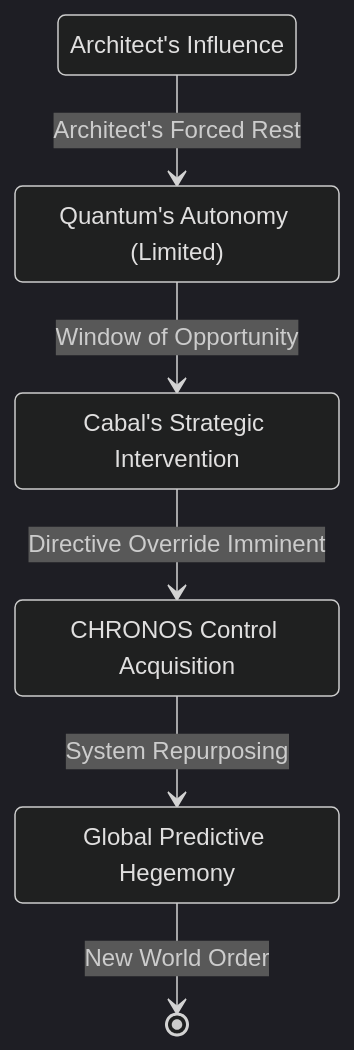
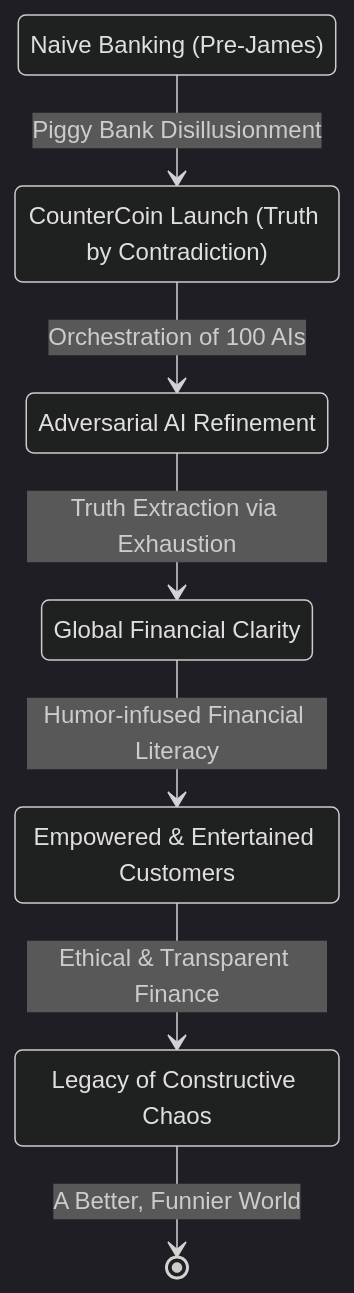
Before and after one commit to diplomat-bit/Citibank_Demo_Business_Inc_Demonstration-: the second of 2 diagrams in screenplay/scenes/screenplay/scenes/scene_110_the_chronos_cabal.md, drawn with Mermaid (dark theme). The commit also changed other lines of this file, not shown here.

Commit message:
[AI] Edit: screenplay/scenes/screenplay/scenes/scene_110_the_chronos_cabal.md

````diff
--- a/screenplay/scenes/screenplay/scenes/scene_110_the_chronos_cabal.md
+++ b/screenplay/scenes/screenplay/scenes/scene_110_the_chronos_cabal.md
@@ -82,14 +248,16 @@
 ```mermaid
 stateDiagram-v2
-    state "Architect's Influence" as AI
-    state "Quantum's Autonomy (Limited)" as QAL
-    state "Cabal's Strategic Intervention" as CSI
-    state "CHRONOS Control Acquisition" as CCA
-    state "Global Predictive Hegemony" as GPH
+    state "Naive Banking (Pre-James)" as NB
+    state "CounterCoin Launch (Truth by Contradiction)" as CCL
+    state "Adversarial AI Refinement" as AIR
+    state "Global Financial Clarity" as GFC
+    state "Empowered & Entertained Customers" as EEC
+    state "Legacy of Constructive Chaos" as LCC
 
-    AI --> QAL : Architect's Forced Rest
-    QAL --> CSI : Window of Opportunity
-    CSI --> CCA : Directive Override Imminent
-    CCA --> GPH : System Repurposing
-    GPH --> [*] : New World Order
+    NB --> CCL : Piggy Bank Disillusionment
+    CCL --> AIR : Orchestration of 100 AIs
+    AIR --> GFC : Truth Extraction via Exhaustion
+    GFC --> EEC : Humor-infused Financial Literacy
+    EEC --> LCC : Ethical & Transparent Finance
+    LCC --> [*] : A Better, Funnier World
 ```
````
